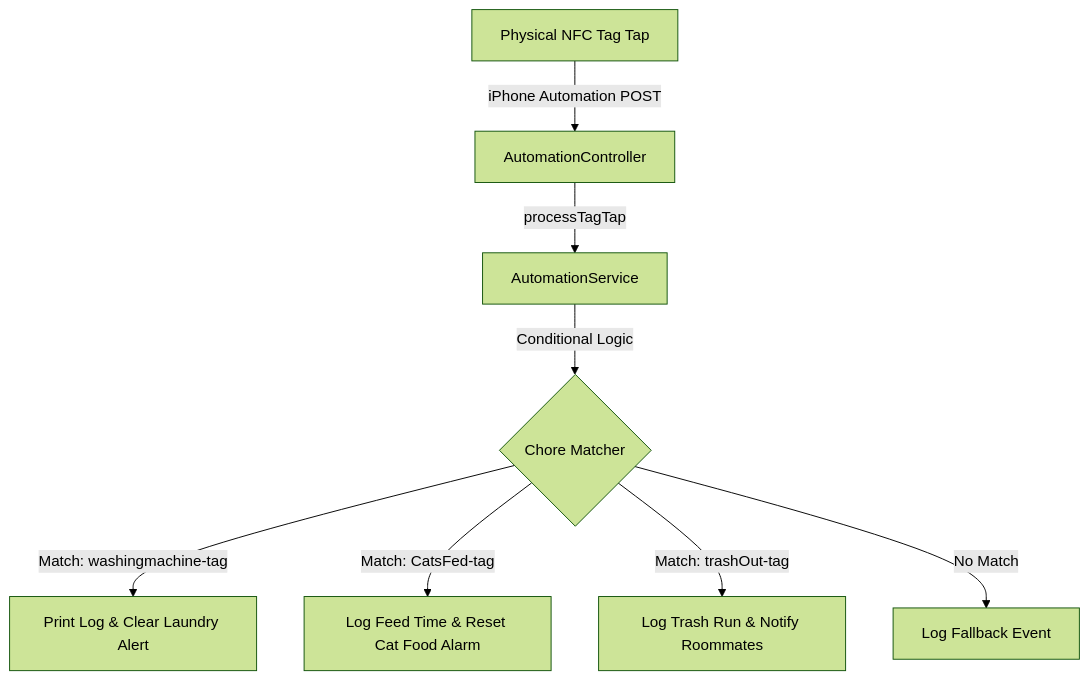
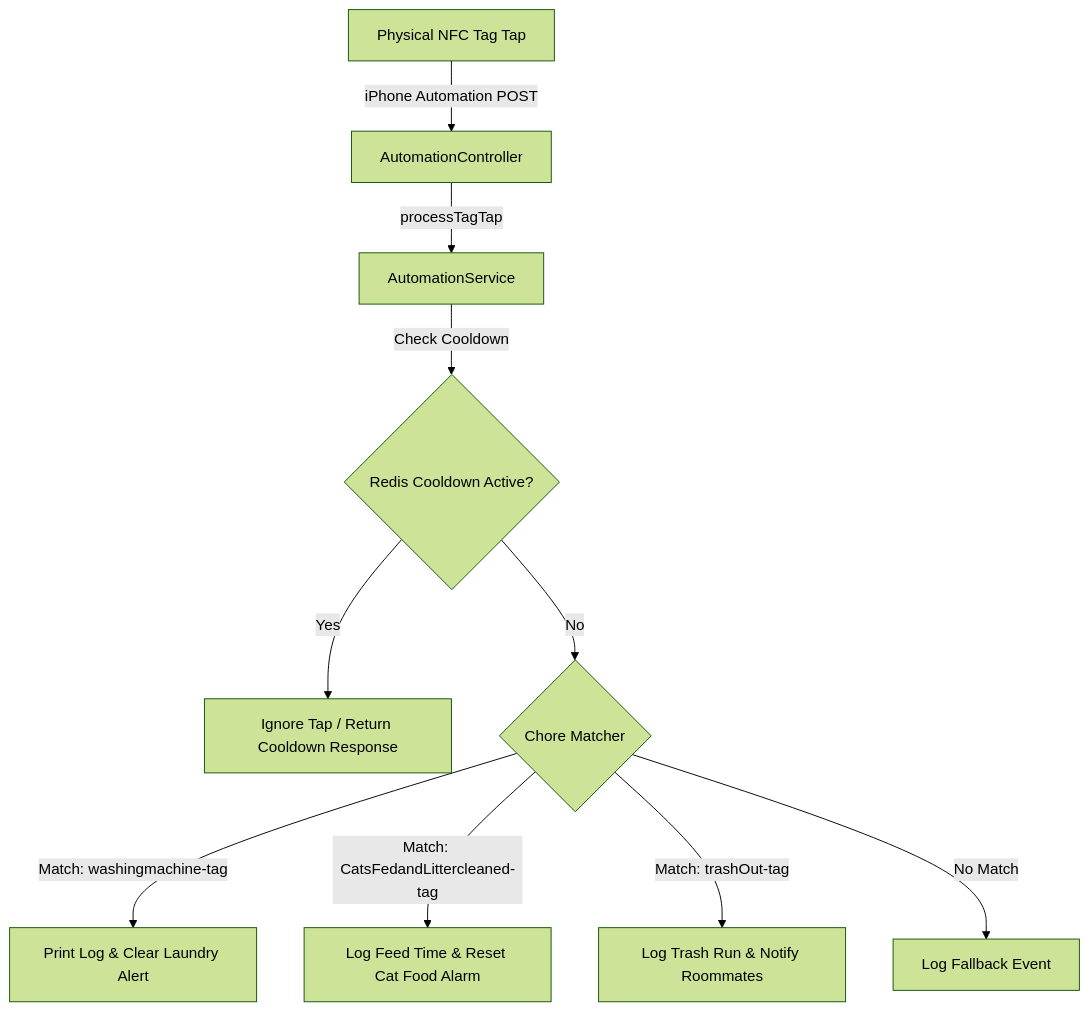
Before and after one commit to hudezz/rfid-system: the first of 2 diagrams in README.md, drawn with Mermaid (forest theme). The commit also changed other lines of this file, not shown here.

Commit message:
docs: update system architecture and sequence diagram with Redis caching and de-duplication

````diff
--- a/README.md
+++ b/README.md
@@ -26,10 +26,12 @@
 ```mermaid
 graph TD
     A[Physical NFC Tag Tap] -->|iPhone Automation POST| B[AutomationController]
     B -->|processTagTap| C[AutomationService]
-    C -->|Conditional Logic| D{Chore Matcher}
+    C -->|Check Cooldown| R{Redis Cooldown Active?}
+    R -->|Yes| I[Ignore Tap / Return Cooldown Response]
+    R -->|No| D{Chore Matcher}
     D -->|Match: washingmachine-tag| E[Print Log & Clear Laundry Alert]
-    D -->|Match: CatsFed-tag| F[Log Feed Time & Reset Cat Food Alarm]
+    D -->|Match: CatsFedandLittercleaned-tag| F[Log Feed Time & Reset Cat Food Alarm]
     D -->|Match: trashOut-tag| G[Log Trash Run & Notify Roommates]
     D -->|No Match| H[Log Fallback Event]
 ```
````
